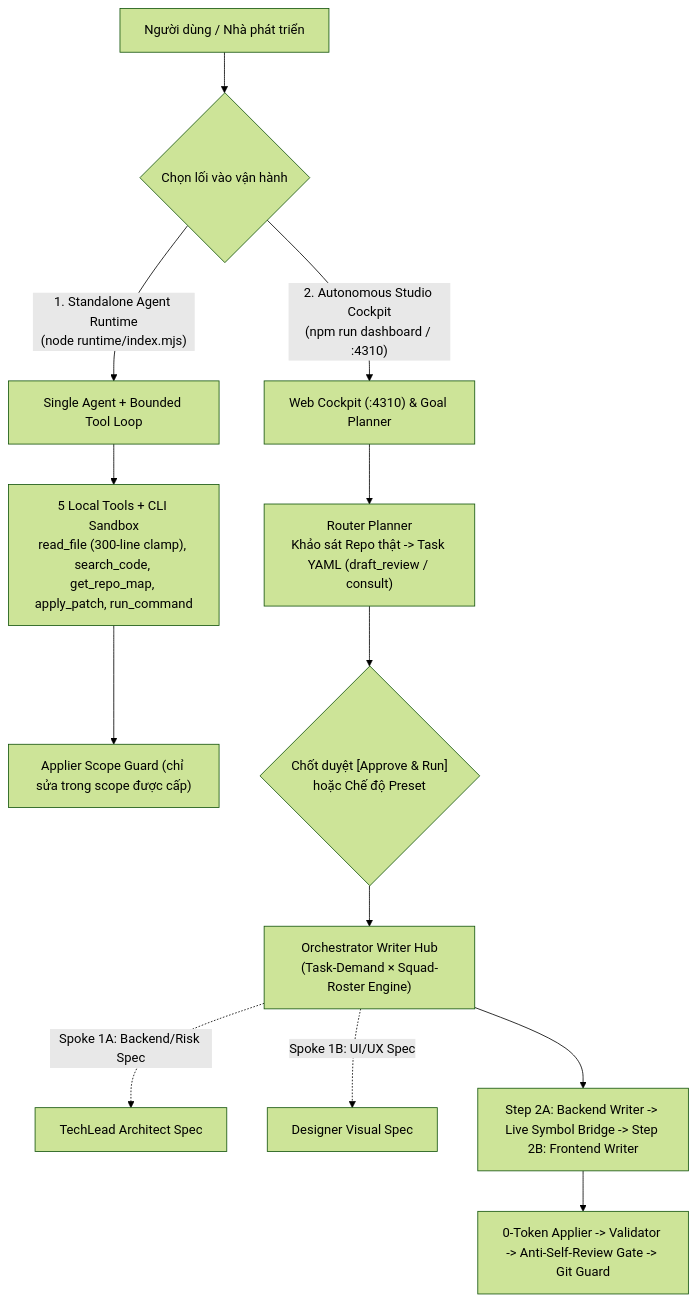
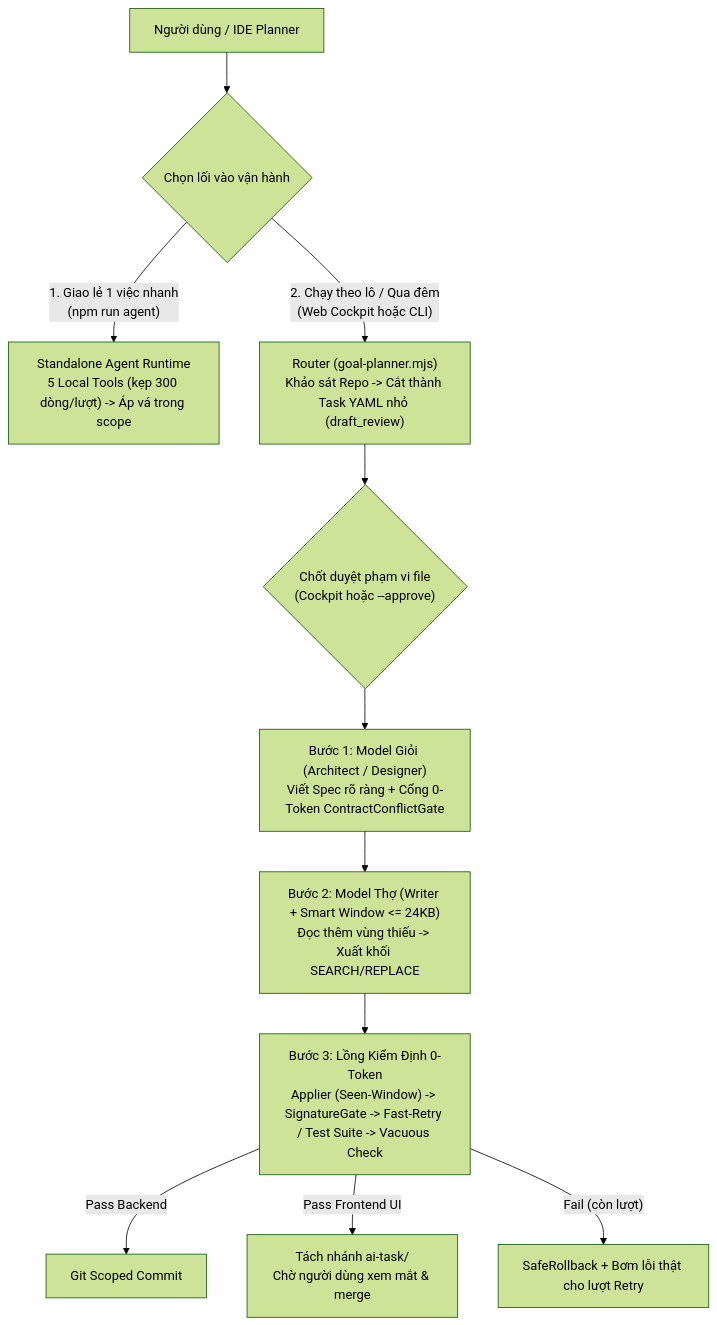
The diagram in README.md (QuanHuynh123/minimal-agent-orchestrator), drawn with Mermaid (forest theme) before and after one commit. The commit also changed other lines of this file and 1 other file, not shown here.

Commit message:
docs: clarify 1-lead + 1-worker design philosophy and anti-overengineering rules

````diff
--- a/README.md
+++ b/README.md
@@ -53,20 +78,15 @@
 ```mermaid
 flowchart TD
-    User["Người dùng / Nhà phát triển"] --> Choice{"Chọn lối vào vận hành"}
-    
-    %% Lối vào 1
-    Choice -- "1. Standalone Agent Runtime\n(node runtime/index.mjs)" --> Runtime["Single Agent + Bounded Tool Loop"]
-    Runtime --> Tools["5 Local Tools + CLI Sandbox\nread_file (300-line clamp), search_code, get_repo_map, apply_patch, run_command"]
-    Tools --> SafeApply["Applier Scope Guard (chỉ sửa trong scope được cấp)"]
-    
-    %% Lối vào 2
-    Choice -- "2. Autonomous Studio Cockpit\n(npm run dashboard / :4310)" --> Cockpit["Web Cockpit (:4310) & Goal Planner"]
-    Cockpit --> Decompose["Router Planner\nKhảo sát Repo thật -> Task YAML (draft_review / consult)"]
-    Decompose --> HumanGate{"Chốt duyệt [Approve & Run]\nhoặc Chế độ Preset"}
-    HumanGate --> Hub["Orchestrator Writer Hub\n(Task-Demand × Squad-Roster Engine)"]
-    
-    Hub -. "Spoke 1A: Backend/Risk Spec" .-> TechLead["TechLead Architect Spec"]
-    Hub -. "Spoke 1B: UI/UX Spec" .-> Designer["Designer Visual Spec"]
-    Hub --> WriterStep["Step 2A: Backend Writer -> Live Symbol Bridge -> Step 2B: Frontend Writer"]
-    WriterStep --> Gates["0-Token Applier -> Validator -> Anti-Self-Review Gate -> Git Guard"]
+    User["Người dùng / IDE Planner"] --> Entry{"Chọn lối vào vận hành"}
+
+    Entry -- "1. Giao lẻ 1 việc nhanh\n(npm run agent)" --> Single["Standalone Agent Runtime\n5 Local Tools (kẹp 300 dòng/lượt) -> Áp vá trong scope"]
+
+    Entry -- "2. Chạy theo lô / Qua đêm\n(Web Cockpit hoặc CLI)" --> Router["Router (goal-planner.mjs)\nKhảo sát Repo -> Cắt thành Task YAML nhỏ (draft_review)"]
+    Router --> Approve{"Chốt duyệt phạm vi file\n(Cockpit hoặc --approve)"}
+    Approve --> Lead["Bước 1: Model Giỏi (Architect / Designer)\nViết Spec rõ ràng + Cổng 0-Token ContractConflictGate"]
+    Lead --> Worker["Bước 2: Model Thợ (Writer + Smart Window <= 24KB)\nĐọc thêm vùng thiếu -> Xuất khối SEARCH/REPLACE"]
+    Worker --> Cage["Bước 3: Lồng Kiểm Định 0-Token\nApplier (Seen-Window) -> SignatureGate -> Fast-Retry / Test Suite -> Vacuous Check"]
+    Cage -- "Pass Backend" --> Commit["Git Scoped Commit"]
+    Cage -- "Pass Frontend UI" --> Branch["Tách nhánh ai-task/<id>\nChờ người dùng xem mắt & merge"]
+    Cage -- "Fail (còn lượt)" --> Retry["SafeRollback + Bơm lỗi thật cho lượt Retry"]
 ```
````
